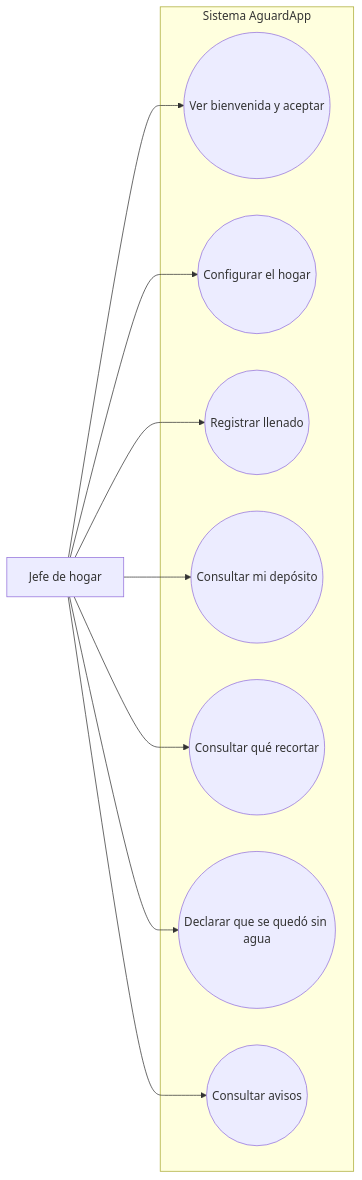
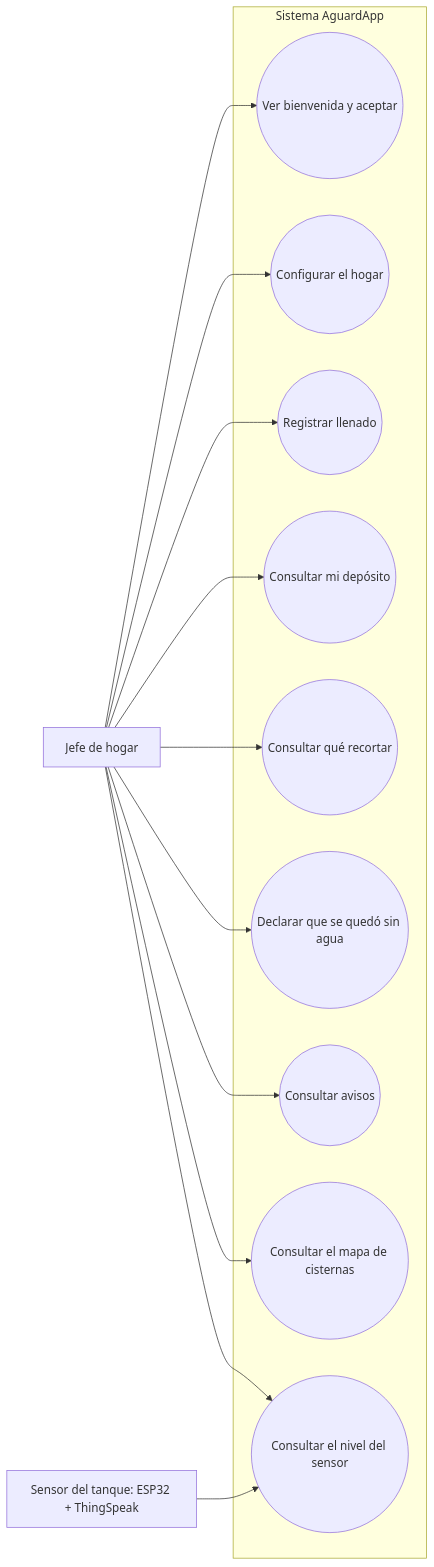
One commit to Cristhian465/Aguarda changed the second of 21 diagrams in informes/FD04-SAD.md. Above: the diagram before and after it, drawn with Mermaid. The commit also changed other lines of this file and 5 other files, not shown here.

````diff
--- a/informes/FD04-SAD.md
+++ b/informes/FD04-SAD.md
@@ -118,22 +126,29 @@
 ```mermaid
 flowchart LR
     JH[Jefe de hogar]
 
     subgraph SYS[Sistema AguardApp]
       U1((Ver bienvenida y aceptar))
       U2((Configurar el hogar))
       U3((Registrar llenado))
       U4((Consultar mi depósito))
       U5((Consultar qué recortar))
       U6((Declarar que se quedó sin agua))
       U7((Consultar avisos))
+      U8((Consultar el mapa de cisternas))
+      U9((Consultar el nivel del sensor))
     end
+
+    SEN[Sensor del tanque: ESP32 + ThingSpeak]
 
     JH --> U1
     JH --> U2
     JH --> U3
     JH --> U4
     JH --> U5
     JH --> U6
     JH --> U7
+    JH --> U8
+    JH --> U9
+    SEN --> U9
 ```
````
